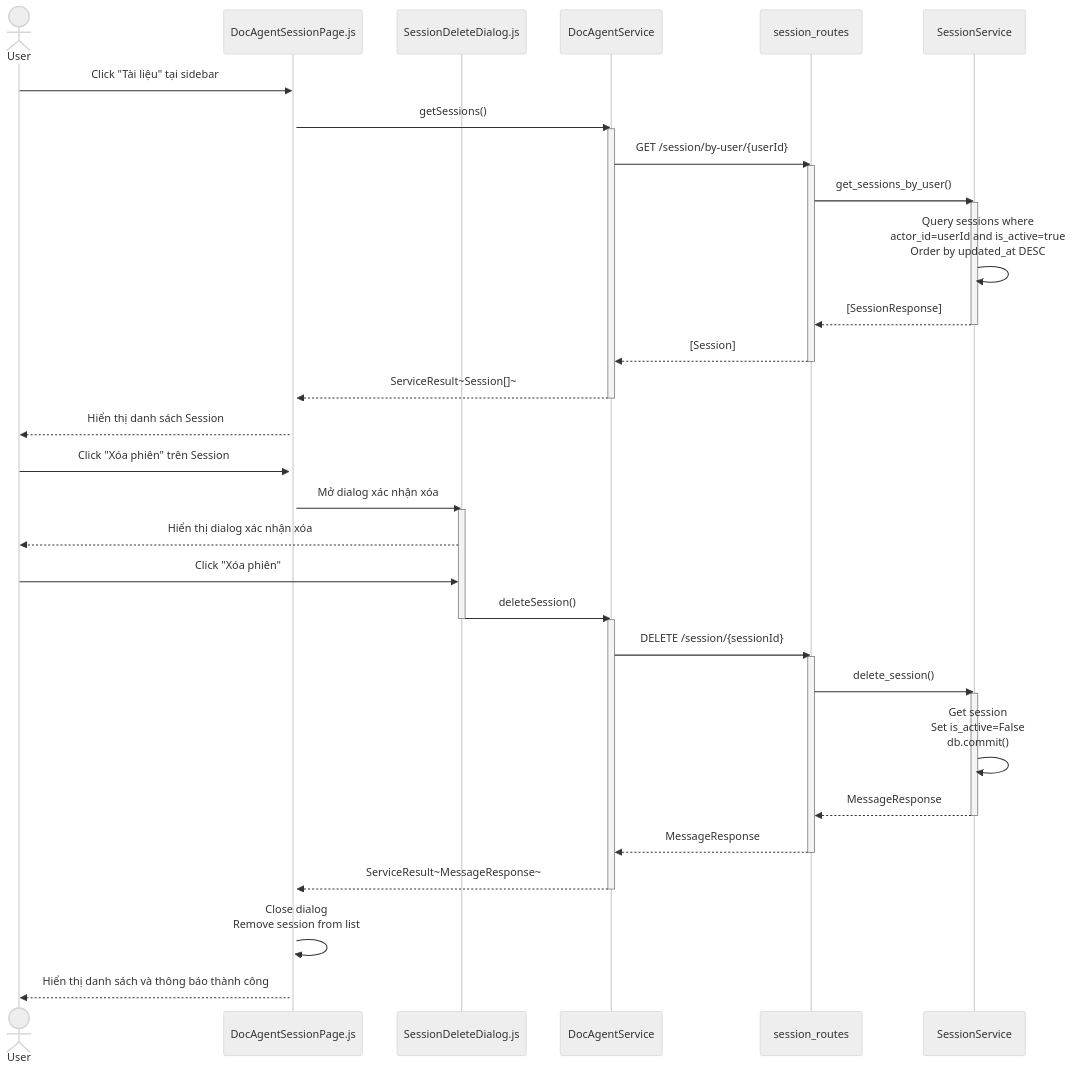
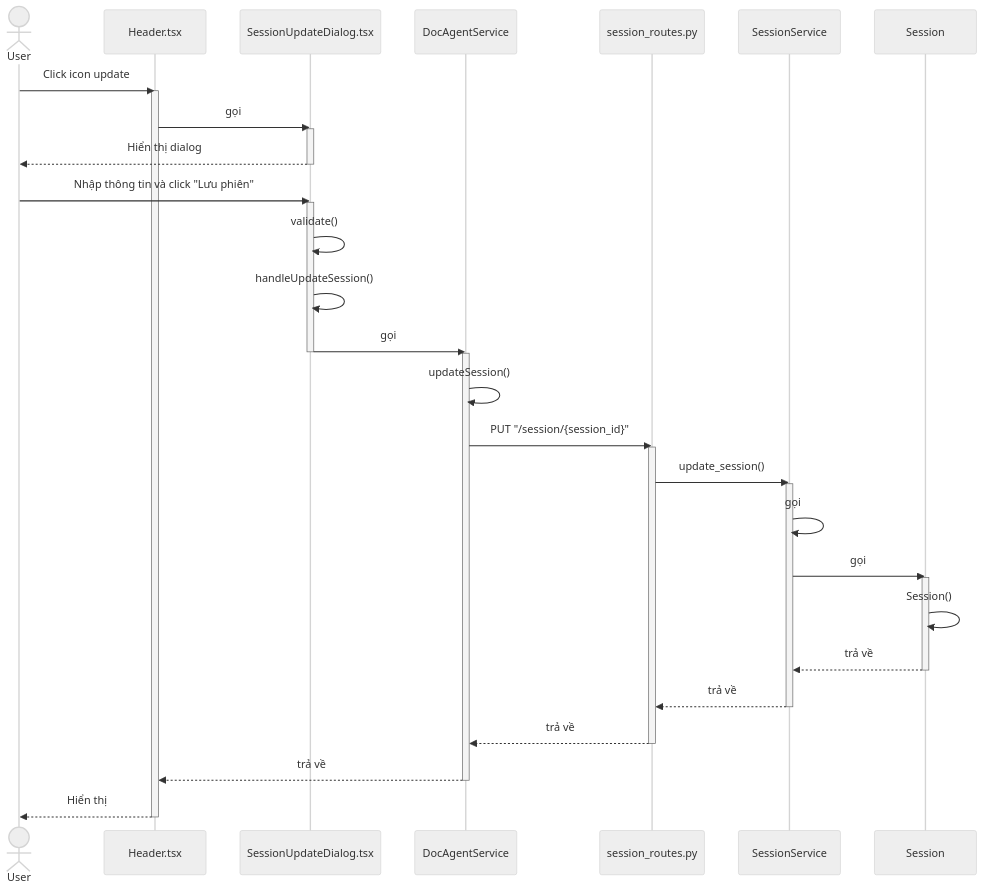
Before and after one commit to mduc-2610/gp_doc: the fifth of 5 diagrams in session/4_session_management_seq.md, drawn with Mermaid (neutral theme). The commit also changed other lines of this file and 34 other files, not shown here.

````diff
--- a/session/4_session_management_seq.md
+++ b/session/4_session_management_seq.md
@@ -185,58 +228,54 @@
 ```mermaid
 sequenceDiagram
     actor User
-    participant DocAgentSessionPage as DocAgentSessionPage.js
-    participant SessionDeleteDialog as SessionDeleteDialog.js
+    participant Header as Header.tsx
+    participant SessionUpdateDialog as SessionUpdateDialog.tsx
     participant DocAgentService as DocAgentService
-    participant SessionRoutes as session_routes
+    participant SessionRoutes as session_routes.py
     participant SessionService as SessionService
+    participant Session as Session
 
-    User->>DocAgentSessionPage: Click "Tài liệu" tại sidebar
-    activate DocAgentSessionPage
+    User->>Header: Click icon update
+    activate Header
     
-    DocAgentSessionPage->>DocAgentService: getSessions()
+    Header->>SessionUpdateDialog: gọi
+    activate SessionUpdateDialog
+    SessionUpdateDialog-->>User: Hiển thị dialog
+    deactivate SessionUpdateDialog
+    
+    User->>SessionUpdateDialog: Nhập thông tin và click "Lưu phiên"
+    activate SessionUpdateDialog
+    
+    SessionUpdateDialog->>SessionUpdateDialog: validate()
+    SessionUpdateDialog->>SessionUpdateDialog: handleUpdateSession()
+    SessionUpdateDialog->>DocAgentService: gọi
+    deactivate SessionUpdateDialog
     activate DocAgentService
-    DocAgentService->>SessionRoutes: GET /session/by-user/{userId}
+    
+    DocAgentService->>DocAgentService: updateSession()
+    DocAgentService->>SessionRoutes: PUT "/session/{session_id}"
     activate SessionRoutes
-    SessionRoutes->>SessionService: get_sessions_by_user()
+    
+    SessionRoutes->>SessionService: update_session()
     activate SessionService
-    SessionService->>SessionService: Query sessions where<br/>actor_id=userId and is_active=true<br/>Order by updated_at DESC
-    SessionService-->>SessionRoutes: [SessionResponse]
+    
+    SessionService->>SessionService: gọi
+    SessionService->>Session: gọi
+    activate Session
+    
+    Session->>Session: Session()
+    Session-->>SessionService: trả về
+    deactivate Session
+    
+    SessionService-->>SessionRoutes: trả về
     deactivate SessionService
-    SessionRoutes-->>DocAgentService: [Session]
+    
+    SessionRoutes-->>DocAgentService: trả về
     deactivate SessionRoutes
-    DocAgentService-->>DocAgentSessionPage: ServiceResult~Session[]~
+    
+    DocAgentService-->>Header: trả về
     deactivate DocAgentService
     
-    DocAgentSessionPage-->>User: Hiển thị danh sách Session
-    
-    User->>DocAgentSessionPage: Click "Xóa phiên" trên Session
-    
-    DocAgentSessionPage->>SessionDeleteDialog: Mở dialog xác nhận xóa
-    activate SessionDeleteDialog
-    SessionDeleteDialog-->>User: Hiển thị dialog xác nhận xóa
-    
-    User->>SessionDeleteDialog: Click "Xóa phiên"
-    SessionDeleteDialog->>DocAgentService: deleteSession()
-    deactivate SessionDeleteDialog
-    activate DocAgentService
-    
-    DocAgentService->>SessionRoutes: DELETE /session/{sessionId}
-    activate SessionRoutes
-    
-    SessionRoutes->>SessionService: delete_session()
-    activate SessionService
-    
-    SessionService->>SessionService: Get session<br/>Set is_active=False<br/>db.commit()
-    SessionService-->>SessionRoutes: MessageResponse
-    deactivate SessionService
-    
-    SessionRoutes-->>DocAgentService: MessageResponse
-    deactivate SessionRoutes
-    
-    DocAgentService-->>DocAgentSessionPage: ServiceResult~MessageResponse~
-    deactivate DocAgentService
-    
-    DocAgentSessionPage->>DocAgentSessionPage: Close dialog<br/>Remove session from list
-    DocAgentSessionPage-->>User: Hiển thị danh sách và thông báo thành công
+    Header-->>User: Hiển thị
+    deactivate Header
 ```
````
